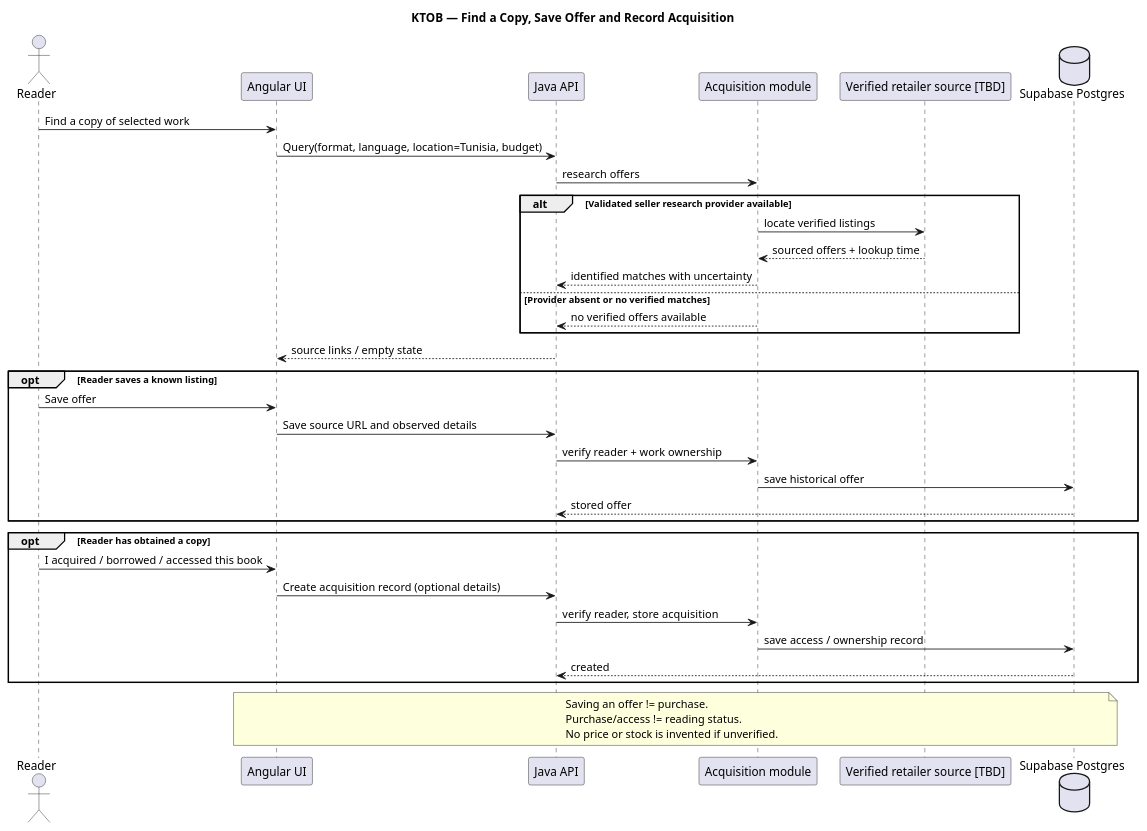
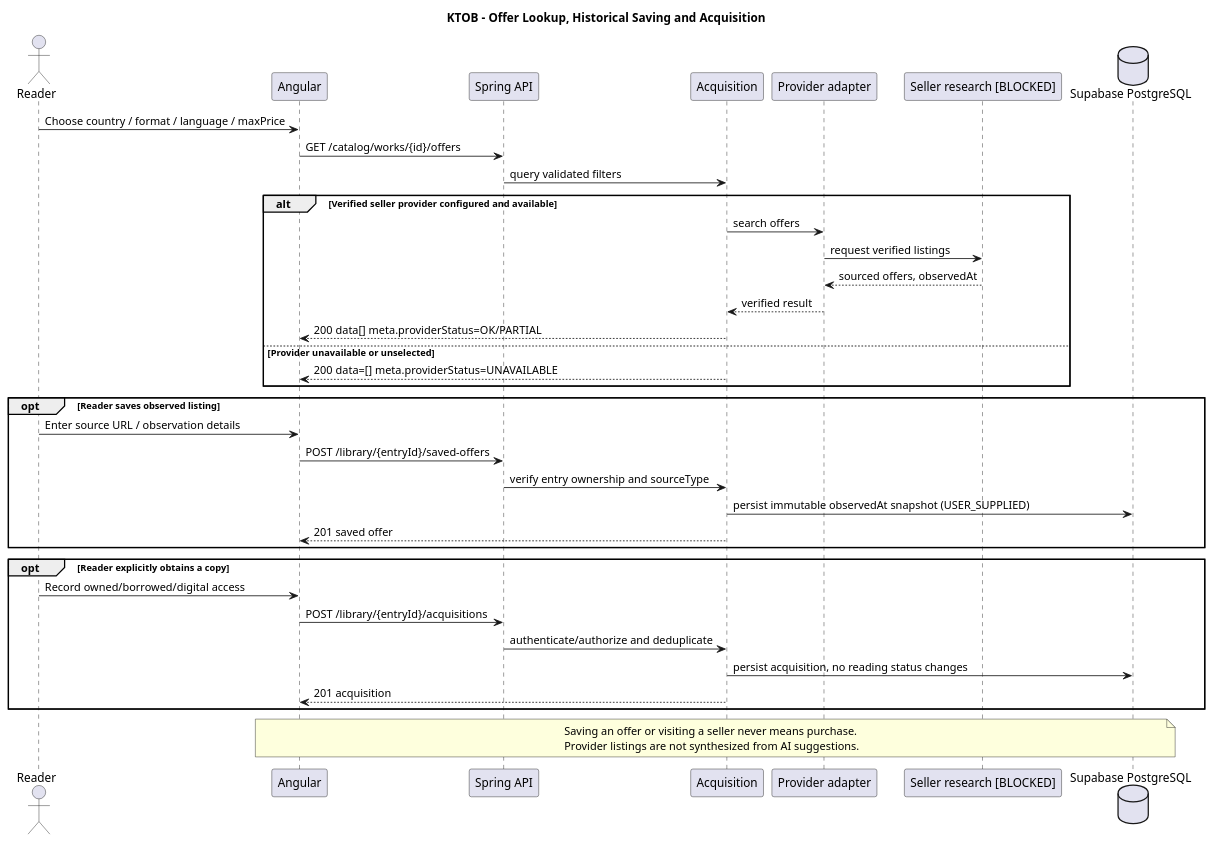
One commit to Adam-BArbia/ktob-literary-companion changed the diagram in docs/uml/11-sequence-acquisition.puml. Above: the diagram before and after it, drawn with PlantUML. The commit also changed 15 other files, not shown here.

Commit message:
docs(uml): reconcile consent, reading, ownership, offers and export across 16 diagrams

```diff
--- a/docs/uml/11-sequence-acquisition.puml
+++ b/docs/uml/11-sequence-acquisition.puml
@@ -1,39 +1,40 @@
 @startuml KTOB_11_sequence_acquisition
-title KTOB — Find a Copy, Save Offer and Record Acquisition
+title KTOB - Offer Lookup, Historical Saving and Acquisition
 actor Reader
-participant "Angular UI" as UI
-participant "Java API" as API
-participant "Acquisition module" as Acq
-participant "Verified retailer source [TBD]" as Seller
-database "Supabase Postgres" as DB
-Reader -> UI : Find a copy of selected work
-UI -> API : Query(format, language, location=Tunisia, budget)
-API -> Acq : research offers
-alt Validated seller research provider available
- Acq -> Seller : locate verified listings
- Seller --> Acq : sourced offers + lookup time
- Acq --> API : identified matches with uncertainty
-else Provider absent or no verified matches
- Acq --> API : no verified offers available
+participant "Angular" as UI
+participant "Spring API" as API
+participant "Acquisition" as Acquisition
+participant "Provider adapter" as Adapter
+participant "Seller research [BLOCKED]" as Seller
+database "Supabase PostgreSQL" as DB
+Reader -> UI : Choose country / format / language / maxPrice
+UI -> API : GET /catalog/works/{id}/offers
+API -> Acquisition : query validated filters
+alt Verified seller provider configured and available
+ Acquisition -> Adapter : search offers
+ Adapter -> Seller : request verified listings
+ Seller --> Adapter : sourced offers, observedAt
+ Adapter --> Acquisition : verified result
+ Acquisition --> UI : 200 data[] meta.providerStatus=OK/PARTIAL
+else Provider unavailable or unselected
+ Acquisition --> UI : 200 data=[] meta.providerStatus=UNAVAILABLE
 end
-API --> UI : source links / empty state
-opt Reader saves a known listing
- Reader -> UI : Save offer
- UI -> API : Save source URL and observed details
- API -> Acq : verify reader + work ownership
- Acq -> DB : save historical offer
- DB --> API : stored offer
+opt Reader saves observed listing
+ Reader -> UI : Enter source URL / observation details
+ UI -> API : POST /library/{entryId}/saved-offers
+ API -> Acquisition : verify entry ownership and sourceType
+ Acquisition -> DB : persist immutable observedAt snapshot (USER_SUPPLIED)
+ Acquisition --> UI : 201 saved offer
 end
-opt Reader has obtained a copy
- Reader -> UI : I acquired / borrowed / accessed this book
- UI -> API : Create acquisition record (optional details)
- API -> Acq : verify reader, store acquisition
- Acq -> DB : save access / ownership record
- DB --> API : created
+opt Reader explicitly obtains a copy
+ Reader -> UI : Record owned/borrowed/digital access
+ UI -> API : POST /library/{entryId}/acquisitions
+ API -> Acquisition : authenticate/authorize and deduplicate
+ Acquisition -> DB : persist acquisition, no reading status changes
+ Acquisition --> UI : 201 acquisition
 end
 note over UI,DB
-Saving an offer != purchase.
-Purchase/access != reading status.
-No price or stock is invented if unverified.
+Saving an offer or visiting a seller never means purchase.
+Provider listings are not synthesized from AI suggestions.
 end note
 @enduml
```
